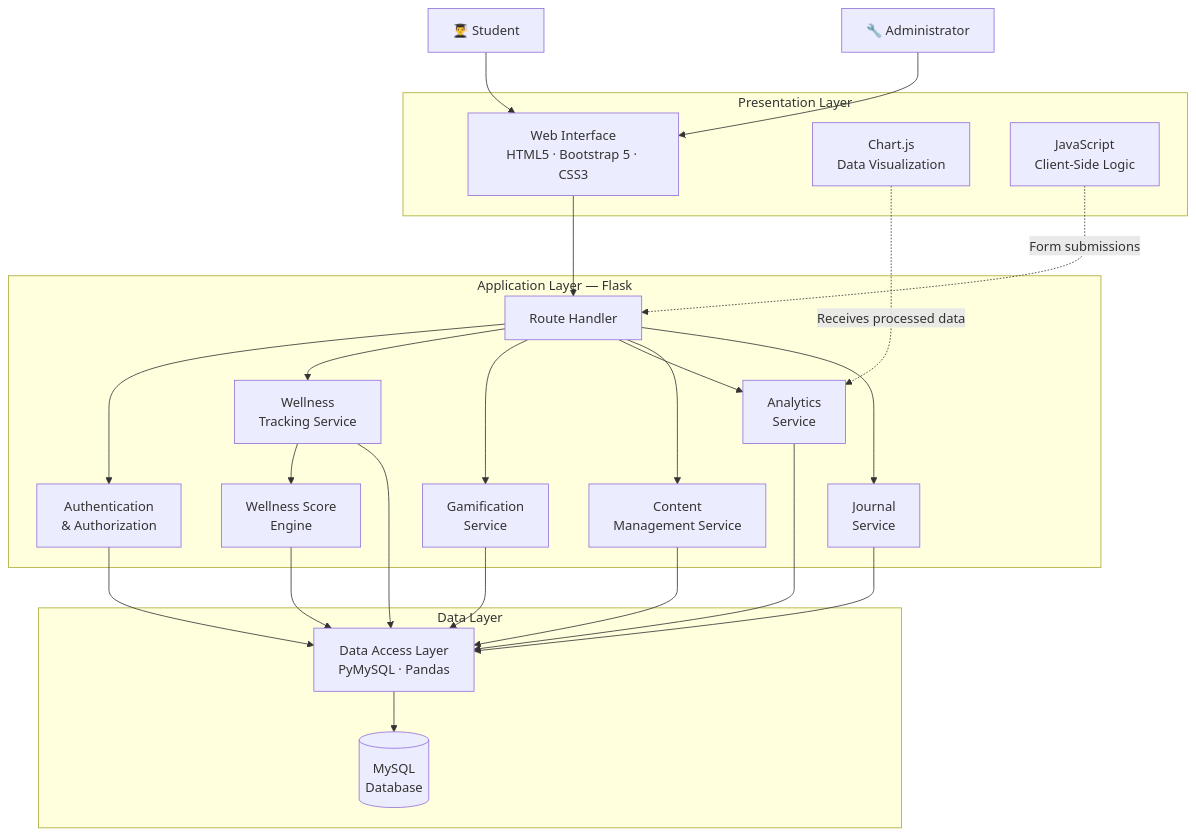
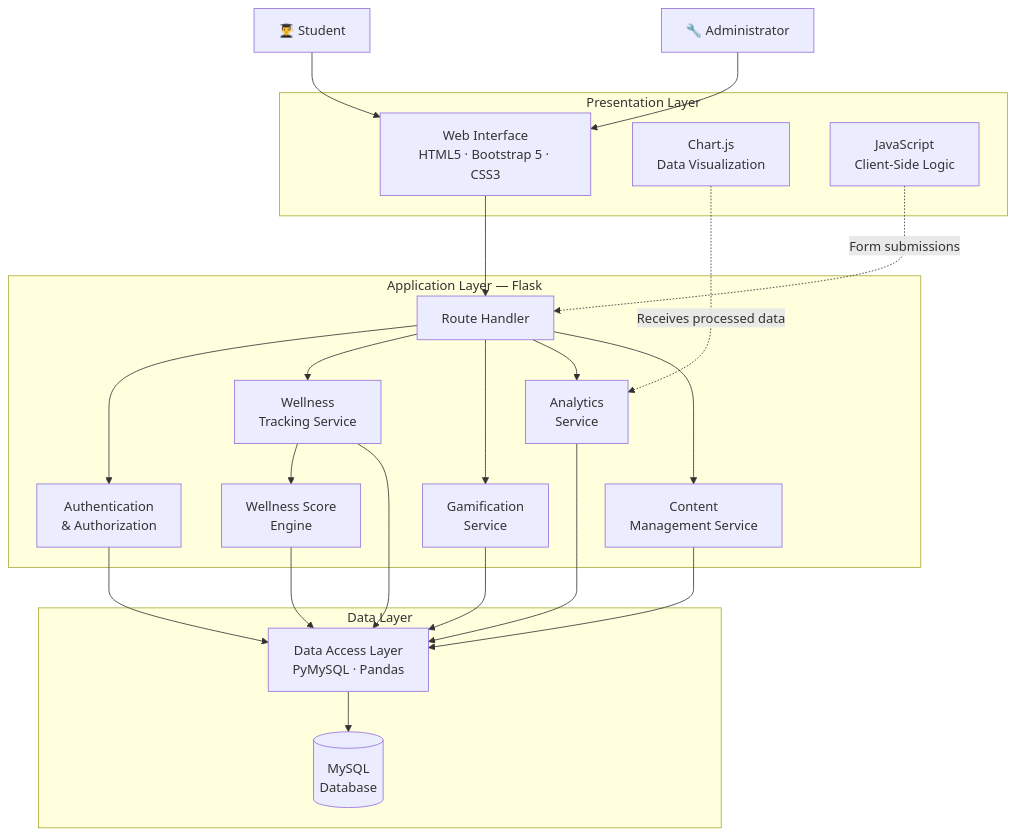
One commit to goxxie08/Wellvia changed the first of 21 diagrams in ARCHITECTURE.md. Above: the diagram before and after it, drawn with Mermaid. The commit also changed other lines of this file and 2 other files, not shown here.

Commit message:
docs: remove journal feature references

````diff
--- a/ARCHITECTURE.md
+++ b/ARCHITECTURE.md
@@ -163,51 +162,48 @@
 ```mermaid
 flowchart TD
     Student["👨‍🎓 Student"]
     Admin["🔧 Administrator"]
 
     subgraph PL["Presentation Layer"]
         UI["Web Interface<br/>HTML5 · Bootstrap 5 · CSS3"]
         Charts["Chart.js<br/>Data Visualization"]
         JS["JavaScript<br/>Client-Side Logic"]
     end
 
     subgraph AL["Application Layer — Flask"]
         Router["Route Handler"]
         Auth["Authentication<br/>& Authorization"]
         WellnessService["Wellness<br/>Tracking Service"]
         GamificationService["Gamification<br/>Service"]
         AnalyticsService["Analytics<br/>Service"]
         ContentService["Content<br/>Management Service"]
-        JournalService["Journal<br/>Service"]
         ScoreEngine["Wellness Score<br/>Engine"]
     end
 
     subgraph DL["Data Layer"]
         DAL["Data Access Layer<br/>PyMySQL · Pandas"]
         DB[("MySQL<br/>Database")]
     end
 
     Student --> UI
     Admin --> UI
     UI --> Router
     Charts -.->|"Receives processed data"| AnalyticsService
     JS -.->|"Form submissions"| Router
 
     Router --> Auth
     Router --> WellnessService
     Router --> GamificationService
     Router --> AnalyticsService
     Router --> ContentService
-    Router --> JournalService
 
     WellnessService --> ScoreEngine
     WellnessService --> DAL
     GamificationService --> DAL
     AnalyticsService --> DAL
     ContentService --> DAL
-    JournalService --> DAL
     Auth --> DAL
     ScoreEngine --> DAL
 
     DAL --> DB
 ```
````
